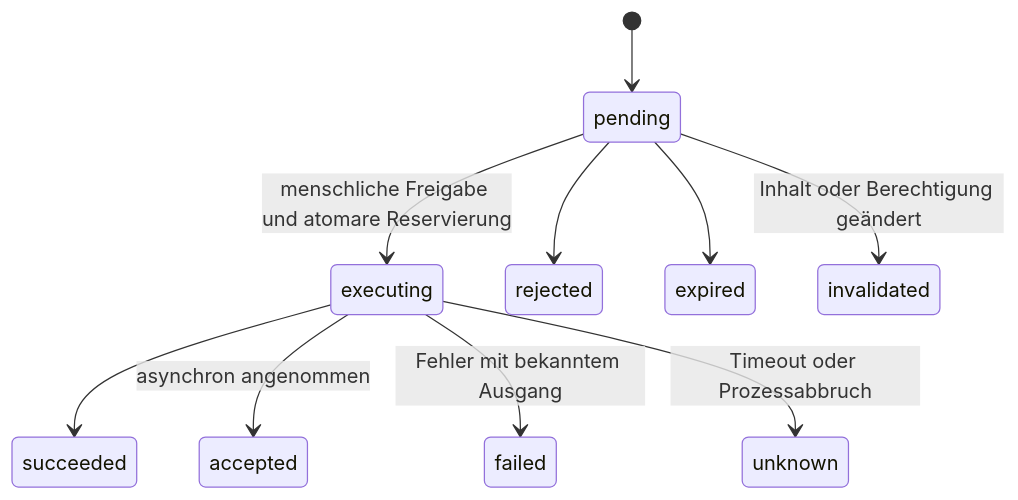
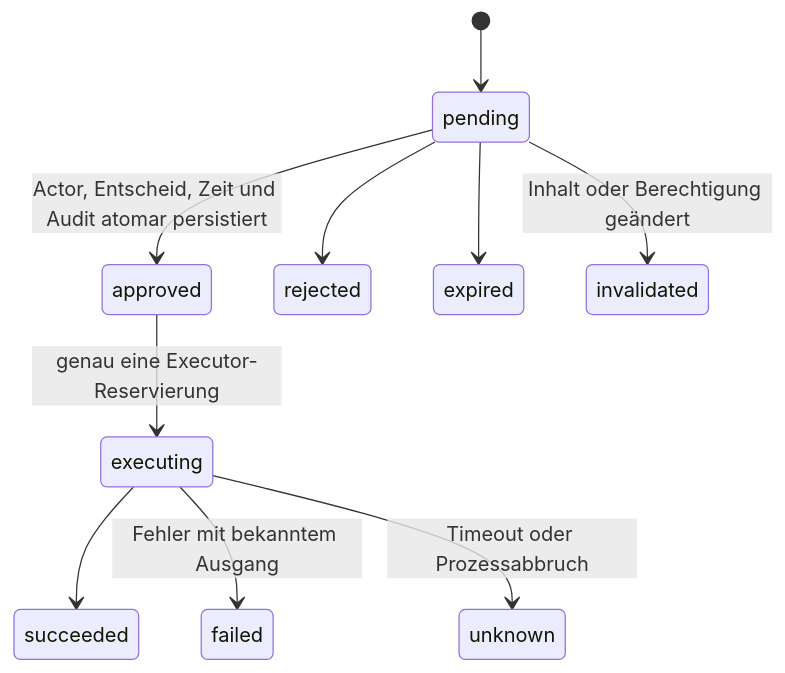
One commit to srahmel/paperclip-m365 changed the second of 2 diagrams in docs/plans/2026-11-15-m365-plugin.md. Above: the diagram before and after it, drawn with Mermaid. The commit also changed other lines of this file and 5 other files, not shown here.

````diff
--- a/docs/plans/2026-11-15-m365-plugin.md
+++ b/docs/plans/2026-11-15-m365-plugin.md
@@ -96,12 +96,12 @@
 ```mermaid
 stateDiagram-v2
     [*] --> pending
-    pending --> executing: menschliche Freigabe und atomare Reservierung
+    pending --> approved: Actor, Entscheid, Zeit und Audit atomar persistiert
     pending --> rejected
     pending --> expired
     pending --> invalidated: Inhalt oder Berechtigung geändert
+    approved --> executing: genau eine Executor-Reservierung
     executing --> succeeded
-    executing --> accepted: asynchron angenommen
     executing --> failed: Fehler mit bekanntem Ausgang
     executing --> unknown: Timeout oder Prozessabbruch
 ```
````
